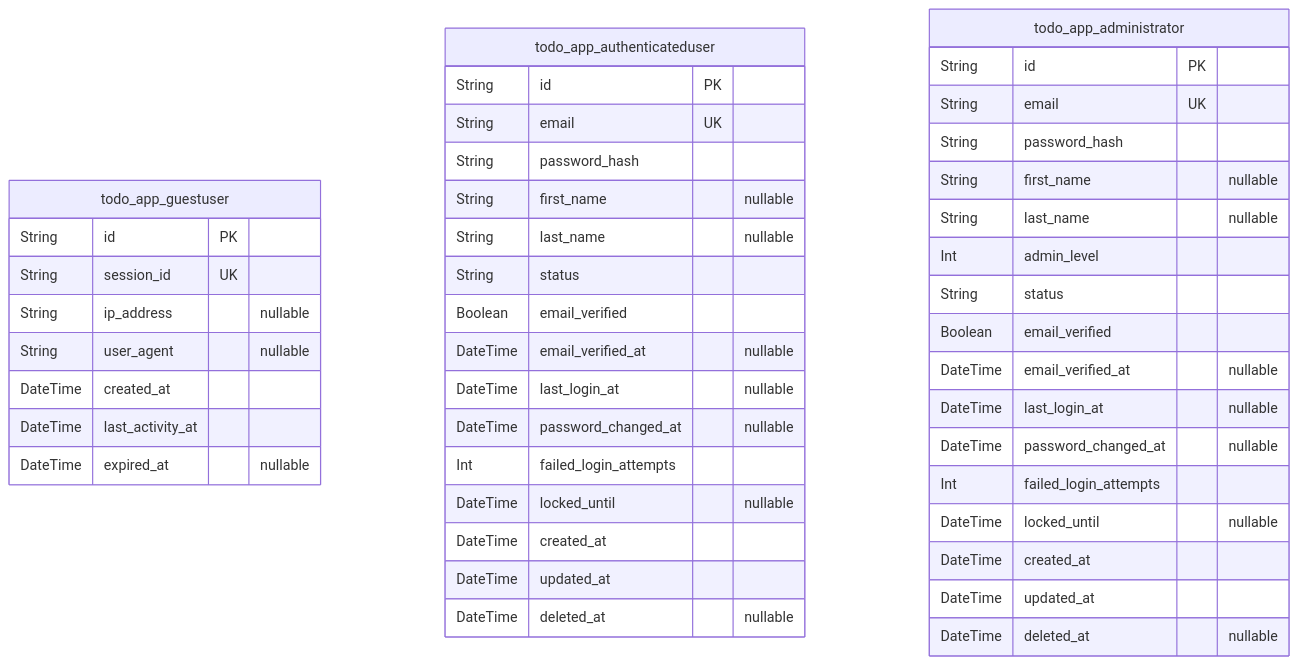
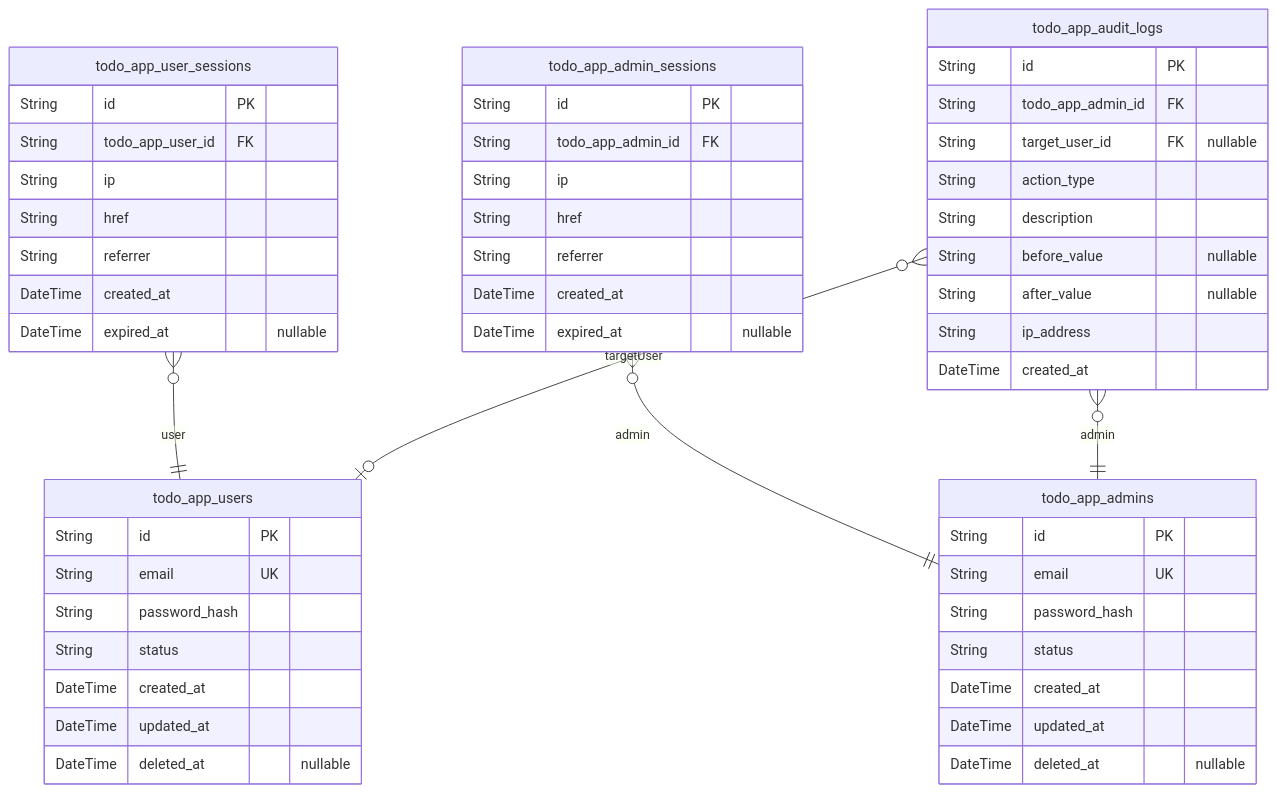
Before and after one commit to wrtnlabs/autobe-examples: the first of 2 diagrams in anthropic/claude-haiku-4.5/todo/docs/ERD.md, drawn with Mermaid. The commit also changed other lines of this file and 16146 other files, not shown here.

````diff
--- a/anthropic/claude-haiku-4.5/todo/docs/ERD.md
+++ b/anthropic/claude-haiku-4.5/todo/docs/ERD.md
@@ -195,47 +10,54 @@
 ```mermaid
 erDiagram
-"todo_app_guestuser" {
-  String id PK
-  String session_id UK
-  String ip_address "nullable"
-  String user_agent "nullable"
-  DateTime created_at
-  DateTime last_activity_at
-  DateTime expired_at "nullable"
-}
-"todo_app_authenticateduser" {
+"todo_app_users" {
   String id PK
   String email UK
   String password_hash
-  String first_name "nullable"
-  String last_name "nullable"
   String status
-  Boolean email_verified
-  DateTime email_verified_at "nullable"
-  DateTime last_login_at "nullable"
-  DateTime password_changed_at "nullable"
-  Int failed_login_attempts
-  DateTime locked_until "nullable"
   DateTime created_at
   DateTime updated_at
   DateTime deleted_at "nullable"
 }
-"todo_app_administrator" {
+"todo_app_user_sessions" {
+  String id PK
+  String todo_app_user_id FK
+  String ip
+  String href
+  String referrer
+  DateTime created_at
+  DateTime expired_at "nullable"
+}
+"todo_app_admins" {
   String id PK
   String email UK
   String password_hash
-  String first_name "nullable"
-  String last_name "nullable"
-  Int admin_level
   String status
-  Boolean email_verified
-  DateTime email_verified_at "nullable"
-  DateTime last_login_at "nullable"
-  DateTime password_changed_at "nullable"
-  Int failed_login_attempts
-  DateTime locked_until "nullable"
   DateTime created_at
   DateTime updated_at
   DateTime deleted_at "nullable"
 }
+"todo_app_admin_sessions" {
+  String id PK
+  String todo_app_admin_id FK
+  String ip
+  String href
+  String referrer
+  DateTime created_at
+  DateTime expired_at "nullable"
+}
+"todo_app_audit_logs" {
+  String id PK
+  String todo_app_admin_id FK
+  String target_user_id FK "nullable"
+  String action_type
+  String description
+  String before_value "nullable"
+  String after_value "nullable"
+  String ip_address
+  DateTime created_at
+}
+"todo_app_user_sessions" }o--|| "todo_app_users" : user
+"todo_app_admin_sessions" }o--|| "todo_app_admins" : admin
+"todo_app_audit_logs" }o--|| "todo_app_admins" : admin
+"todo_app_audit_logs" }o--o| "todo_app_users" : targetUser
 ```
````
